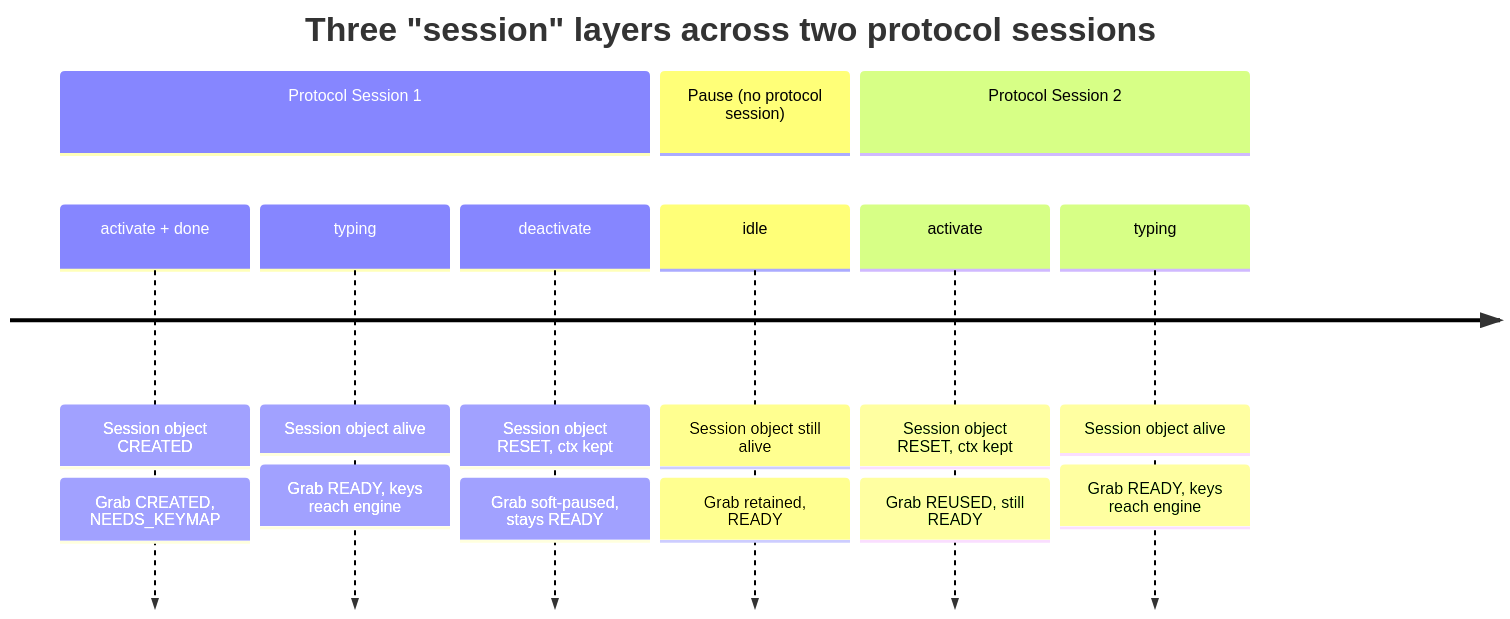
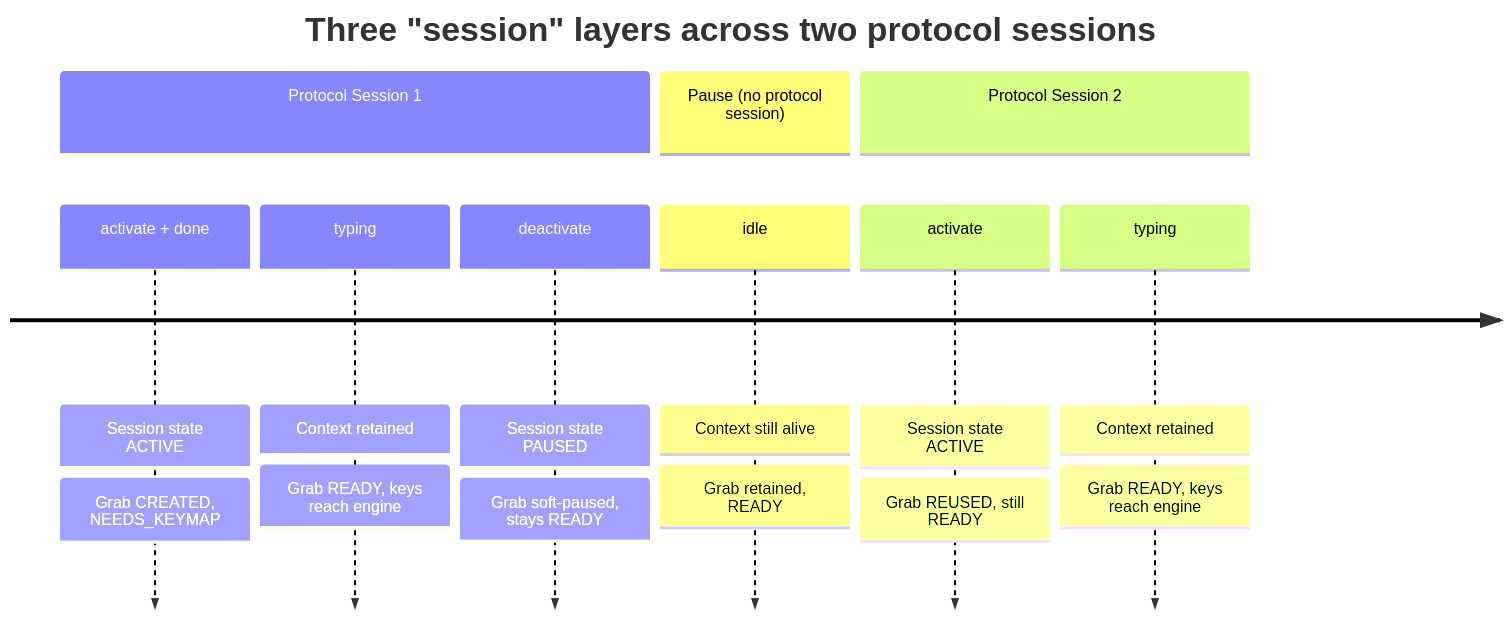
One commit to typio-ime/typio changed the diagram in docs/explanation/input-method-session.md. Above: the diagram before and after it, drawn with Mermaid. The commit also changed other lines of this file and 211 other files, not shown here.

````diff
--- a/docs/explanation/input-method-session.md
+++ b/docs/explanation/input-method-session.md
@@ -165,13 +168,13 @@
 ```mermaid
 timeline
     title Three "session" layers across two protocol sessions
     section Protocol Session 1
-        activate + done : Session object CREATED : Grab CREATED, NEEDS_KEYMAP
-        typing          : Session object alive    : Grab READY, keys reach engine
-        deactivate      : Session object RESET, ctx kept : Grab soft-paused, stays READY
+        activate + done : Session state ACTIVE : Grab CREATED, NEEDS_KEYMAP
+        typing          : Context retained     : Grab READY, keys reach engine
+        deactivate      : Session state PAUSED : Grab soft-paused, stays READY
     section Pause (no protocol session)
-        idle            : Session object still alive : Grab retained, READY
+        idle            : Context still alive : Grab retained, READY
     section Protocol Session 2
-        activate        : Session object RESET, ctx kept : Grab REUSED, still READY
-        typing          : Session object alive    : Grab READY, keys reach engine
+        activate        : Session state ACTIVE : Grab REUSED, still READY
+        typing          : Context retained     : Grab READY, keys reach engine
 ```
````
